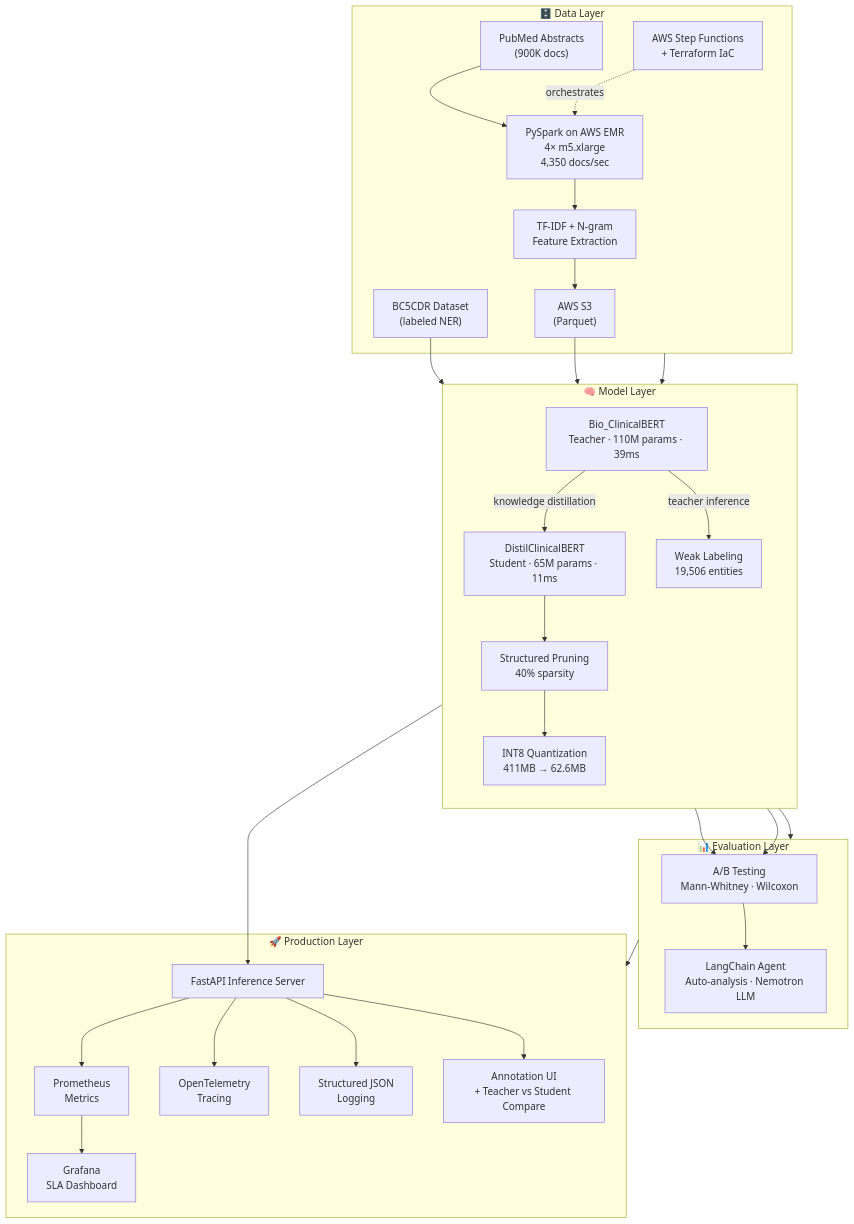
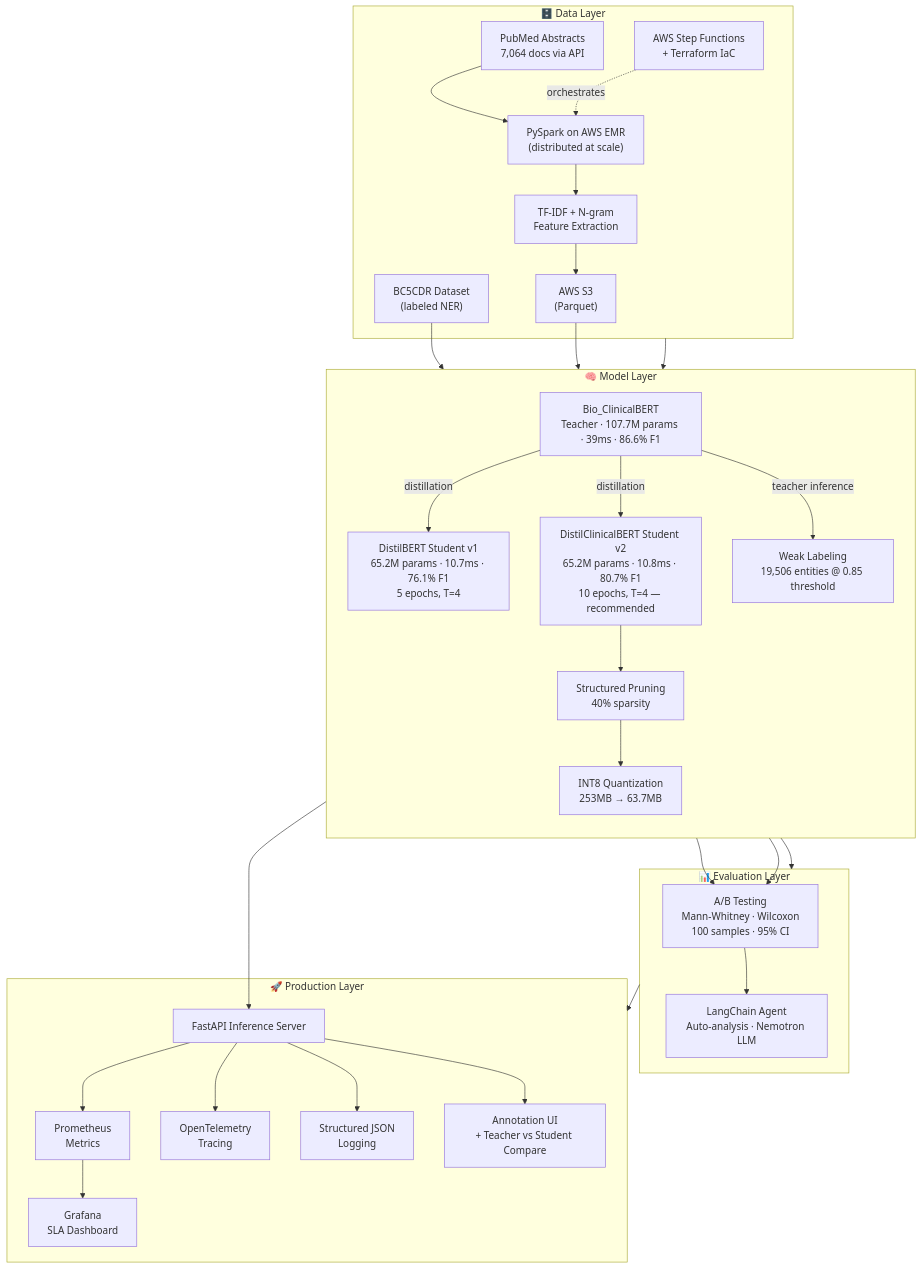
Before and after one commit to SantoshAdabala/clinical-nlp-optimization: the first of 2 diagrams in README.md, drawn with Mermaid. The commit also changed other lines of this file, not shown here.

````diff
--- a/README.md
+++ b/README.md
@@ -35,54 +35,55 @@
 ```mermaid
 flowchart TD
     subgraph DATA["🗄️ Data Layer"]
-        PM["PubMed Abstracts\n(900K docs)"]
+        PM["PubMed Abstracts\n7,064 docs via API"]
         BC["BC5CDR Dataset\n(labeled NER)"]
         S3["AWS S3\n(Parquet)"]
-        EMR["PySpark on AWS EMR\n4× m5.xlarge\n4,350 docs/sec"]
+        EMR["PySpark on AWS EMR\n(distributed at scale)"]
         TF["TF-IDF + N-gram\nFeature Extraction"]
         SF["AWS Step Functions\n+ Terraform IaC"]
         PM --> EMR
         EMR --> TF --> S3
         SF -.->|orchestrates| EMR
     end
 
     subgraph MODEL["🧠 Model Layer"]
         direction TB
-        T["Bio_ClinicalBERT\nTeacher · 110M params · 39ms"]
-        WL["Weak Labeling\n19,506 entities"]
-        S["DistilClinicalBERT\nStudent · 65M params · 11ms"]
+        T["Bio_ClinicalBERT\nTeacher · 107.7M params · 39ms · 86.6% F1"]
+        WL["Weak Labeling\n19,506 entities @ 0.85 threshold"]
+        SV1["DistilBERT Student v1\n65.2M params · 10.7ms · 76.1% F1\n5 epochs, T=4"]
+        SV2["DistilClinicalBERT Student v2\n65.2M params · 10.8ms · 80.7% F1\n10 epochs, T=4 — recommended"]
         PR["Structured Pruning\n40% sparsity"]
-        Q["INT8 Quantization\n411MB → 62.6MB"]
+        Q["INT8 Quantization\n253MB → 63.7MB"]
         BC --> T
         S3 --> T
-        T -->|knowledge distillation| S
+        T -->|distillation| SV1 & SV2
         T -->|teacher inference| WL
-        S --> PR --> Q
+        SV2 --> PR --> Q
     end
 
     subgraph EVAL["📊 Evaluation Layer"]
-        AB["A/B Testing\nMann-Whitney · Wilcoxon"]
+        AB["A/B Testing\nMann-Whitney · Wilcoxon\n100 samples · 95% CI"]
         AG["LangChain Agent\nAuto-analysis · Nemotron LLM"]
         Q --> AB
         T --> AB
         AB --> AG
     end
 
     subgraph PROD["🚀 Production Layer"]
         API["FastAPI Inference Server"]
         PROM["Prometheus\nMetrics"]
         OT["OpenTelemetry\nTracing"]
         LOG["Structured JSON\nLogging"]
         GR["Grafana\nSLA Dashboard"]
         UI["Annotation UI\n+ Teacher vs Student Compare"]
         Q --> API
         API --> PROM --> GR
         API --> OT
         API --> LOG
         API --> UI
     end
 
     DATA --> MODEL
     MODEL --> EVAL
     EVAL --> PROD
 ```
````
